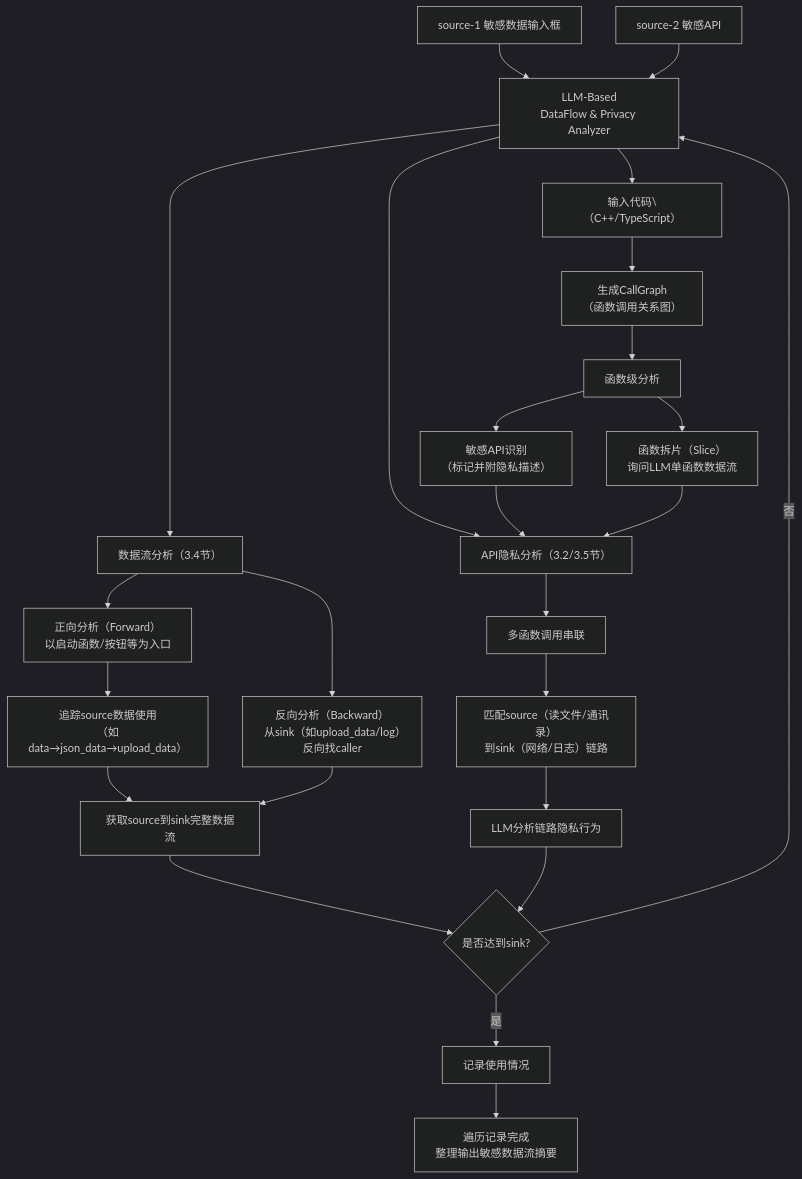
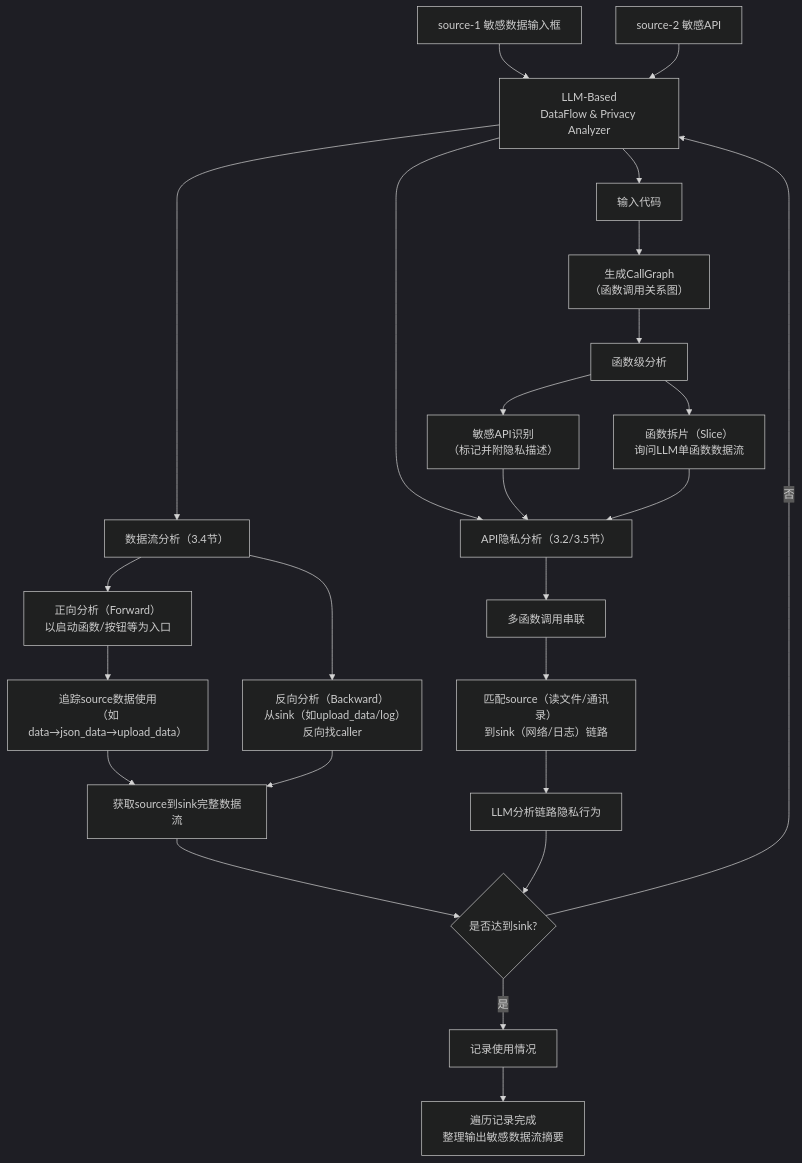
The diagram in all/未命名.md (WriteStone/iodraw-files), drawn with Mermaid (dark theme) before and after one commit.

Commit message:
2025-09-08 20:36:53 update

````diff
--- a/all/未命名.md
+++ b/all/未命名.md
@@ -1,33 +1,33 @@
 ```mermaid
 flowchart TD
     %% 左侧数据源
     A[source-1 敏感数据输入框] --> B[LLM-Based\nDataFlow & Privacy Analyzer]
     C[source-2 敏感API] --> B
     
     %% 分析器核心处理
-    B --> D[输入代码\（C++/TypeScript）]
+    B --> D[输入代码]
     D --> E[生成CallGraph\n（函数调用关系图）]
     E --> F[函数级分析]
     F --> G1[敏感API识别\n（标记并附隐私描述）]
     F --> G2[函数拆片（Slice）\n询问LLM单函数数据流]
     
     %% 数据流分析分支（3.4节）
     B --> H[数据流分析（3.4节）]
     H --> H1[正向分析（Forward）\n以启动函数/按钮等为入口]
     H1 --> H2[追踪source数据使用\n（如data→json_data→upload_data）]
     H --> H3[反向分析（Backward）\n从sink（如upload_data/log）反向找caller]
     H2 & H3 --> H4[获取source到sink完整数据流]
     
     %% 隐私分析分支（3.2/3.5节）
     B --> I[API隐私分析（3.2/3.5节）]
     G1 & G2 --> I
     I --> I1[多函数调用串联]
     I1 --> I2[匹配source（读文件/通讯录）\n到sink（网络/日志）链路]
     I2 --> I3[LLM分析链路隐私行为]
     
     %% 决策与输出
     H4 & I3 --> J{是否达到sink?}
     J -- 否 --> B[LLM-Based\nDataFlow & Privacy Analyzer]
     J -- 是 --> K[记录使用情况]
     K --> L[遍历记录完成\n整理输出敏感数据流摘要]
 ```
````
